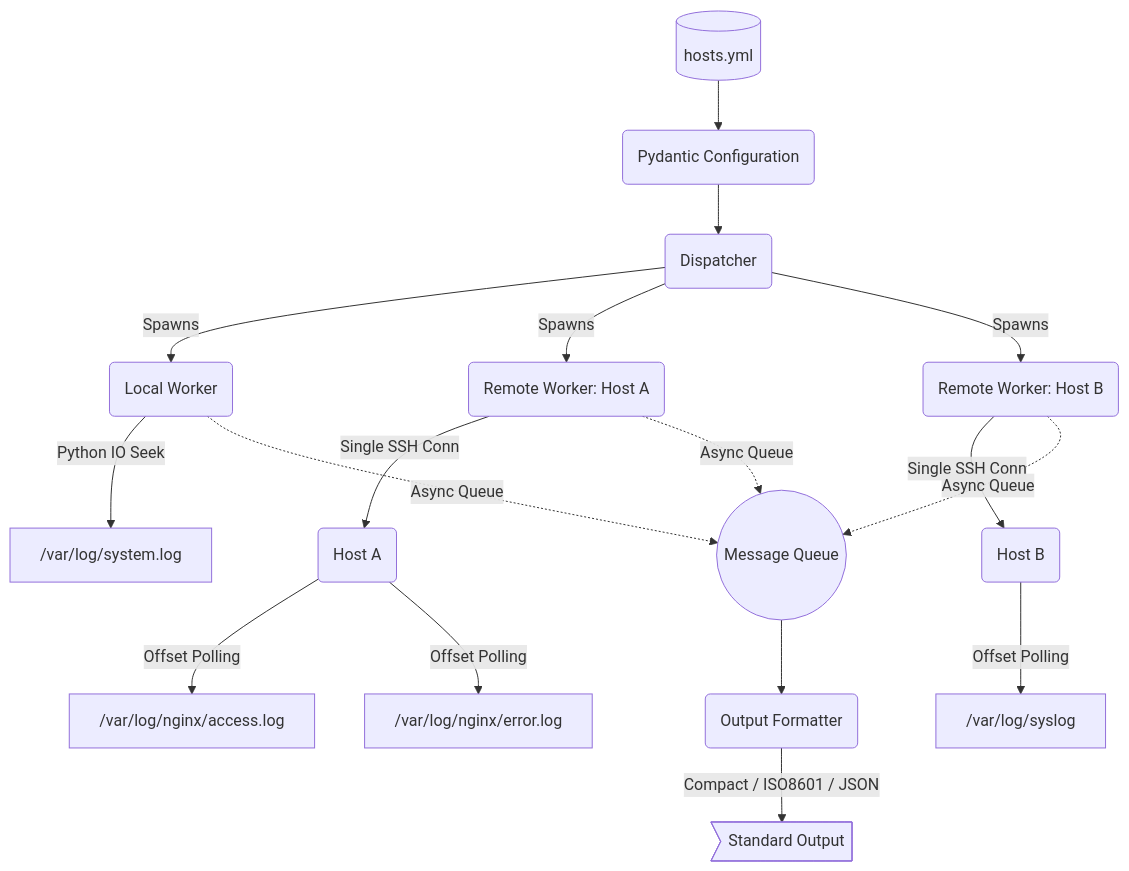
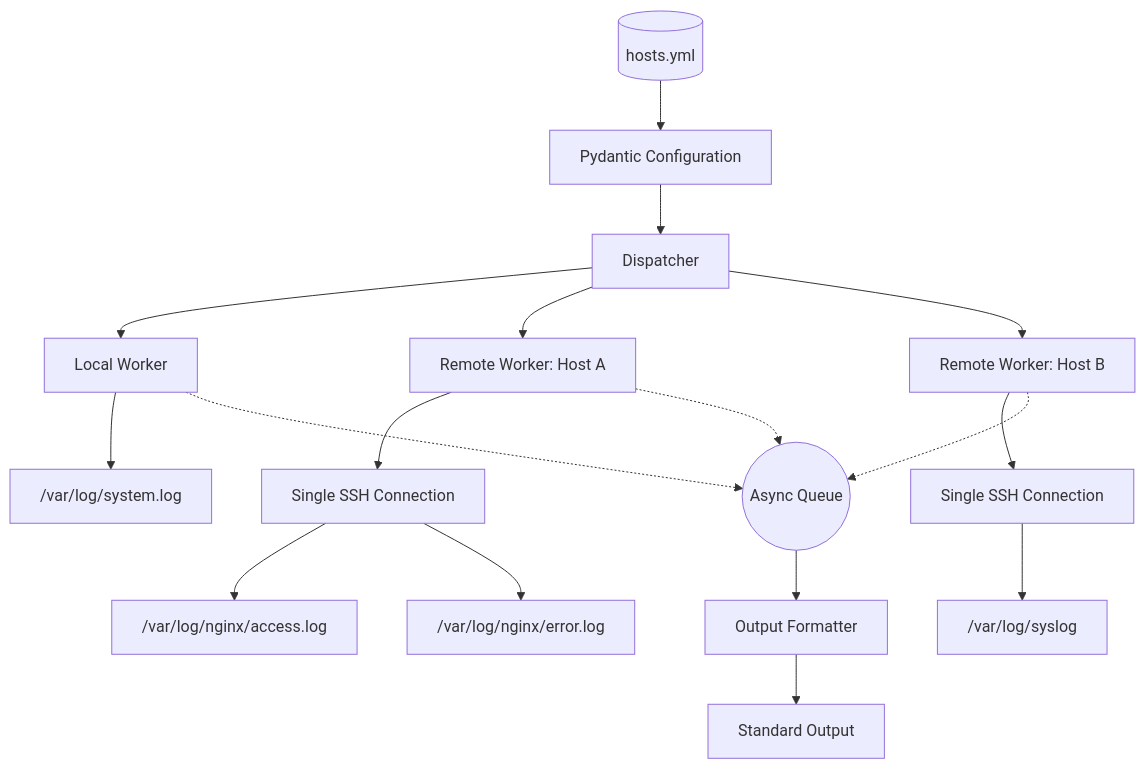
The diagram in README.md (xsub/a12rta), drawn with Mermaid before and after one commit. The commit also changed other lines of this file, not shown here.

````diff
--- a/README.md
+++ b/README.md
@@ -19,25 +27,25 @@
 ```mermaid
 graph TD;
-    subyaml[(hosts.yml)] --> ConfigValidator(Pydantic Configuration)
-    ConfigValidator --> Dispatcher(Dispatcher)
-    
-    Dispatcher -->|Spawns| LocalWorker(Local Worker)
-    Dispatcher -->|Spawns| RemoteWorker1(Remote Worker: Host A)
-    Dispatcher -->|Spawns| RemoteWorker2(Remote Worker: Host B)
-    
-    LocalWorker -->|Python IO Seek| LocalLog["/var/log/system.log"]
-    
-    RemoteWorker1 -->|Single SSH Conn| NodeA(Host A)
-    NodeA -->|Offset Polling| LogA1["/var/log/nginx/access.log"]
-    NodeA -->|Offset Polling| LogA2["/var/log/nginx/error.log"]
-    
-    RemoteWorker2 -->|Single SSH Conn| NodeB(Host B)
-    NodeB -->|Offset Polling| LogB1["/var/log/syslog"]
+    ConfigFile[("hosts.yml")] --> ConfigValidator["Pydantic Configuration"]
+    ConfigValidator --> Dispatcher["Dispatcher"]
 
-    LocalWorker -.-> |Async Queue| ConsumerQueue((Message Queue))
-    RemoteWorker1 -.-> |Async Queue| ConsumerQueue
-    RemoteWorker2 -.-> |Async Queue| ConsumerQueue
-    
-    ConsumerQueue --> Formatter(Output Formatter)
-    Formatter --> |Compact / ISO8601 / JSON| STDOUT>Standard Output]
+    Dispatcher --> LocalWorker["Local Worker"]
+    Dispatcher --> RemoteWorkerA["Remote Worker: Host A"]
+    Dispatcher --> RemoteWorkerB["Remote Worker: Host B"]
+
+    LocalWorker --> LocalLog["/var/log/system.log"]
+
+    RemoteWorkerA --> SSHA["Single SSH Connection"]
+    SSHA --> LogA1["/var/log/nginx/access.log"]
+    SSHA --> LogA2["/var/log/nginx/error.log"]
+
+    RemoteWorkerB --> SSHB["Single SSH Connection"]
+    SSHB --> LogB1["/var/log/syslog"]
+
+    LocalWorker -.-> Queue(("Async Queue"))
+    RemoteWorkerA -.-> Queue
+    RemoteWorkerB -.-> Queue
+
+    Queue --> Formatter["Output Formatter"]
+    Formatter --> Stdout["Standard Output"]
 ```
````
